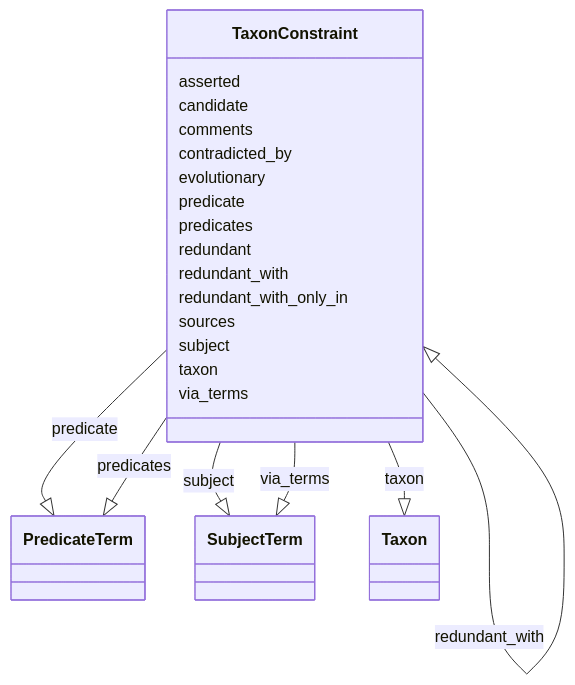
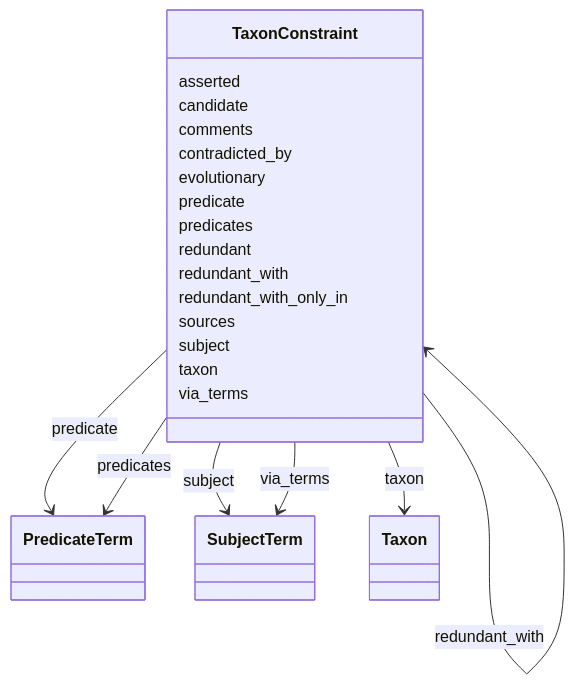
One commit to INCATools/ontology-access-kit changed the diagram in taxon-constraints/TaxonConstraint.md. Above: the diagram before and after it, drawn with Mermaid. The commit also changed other lines of this file and 389 other files, not shown here.

````diff
--- a/taxon-constraints/TaxonConstraint.md
+++ b/taxon-constraints/TaxonConstraint.md
@@ -15,47 +15,47 @@
 ```{mermaid}
  classDiagram
     class TaxonConstraint
       TaxonConstraint : asserted
         
       TaxonConstraint : candidate
         
       TaxonConstraint : comments
         
       TaxonConstraint : contradicted_by
         
-          TaxonConstraint --|> TaxonConstraint : contradicted_by
+          TaxonConstraint --> TaxonConstraint : contradicted_by
         
       TaxonConstraint : evolutionary
         
       TaxonConstraint : predicate
         
-          TaxonConstraint --|> PredicateTerm : predicate
+          TaxonConstraint --> PredicateTerm : predicate
         
       TaxonConstraint : predicates
         
-          TaxonConstraint --|> PredicateTerm : predicates
+          TaxonConstraint --> PredicateTerm : predicates
         
       TaxonConstraint : redundant
         
       TaxonConstraint : redundant_with
         
-          TaxonConstraint --|> TaxonConstraint : redundant_with
+          TaxonConstraint --> TaxonConstraint : redundant_with
         
       TaxonConstraint : redundant_with_only_in
         
       TaxonConstraint : sources
         
       TaxonConstraint : subject
         
-          TaxonConstraint --|> SubjectTerm : subject
+          TaxonConstraint --> SubjectTerm : subject
         
       TaxonConstraint : taxon
         
-          TaxonConstraint --|> Taxon : taxon
+          TaxonConstraint --> Taxon : taxon
         
       TaxonConstraint : via_terms
         
-          TaxonConstraint --|> SubjectTerm : via_terms
+          TaxonConstraint --> SubjectTerm : via_terms
         
       
 ```
````
